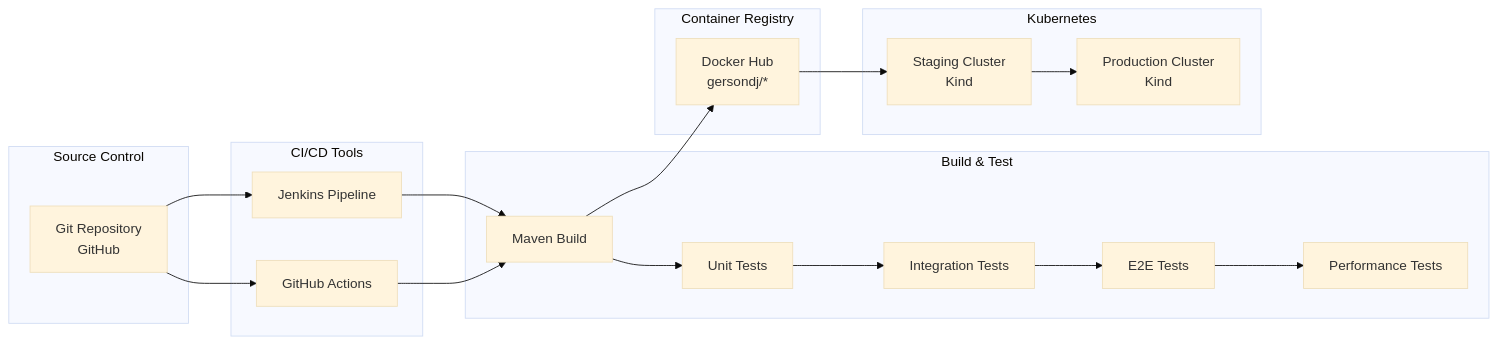
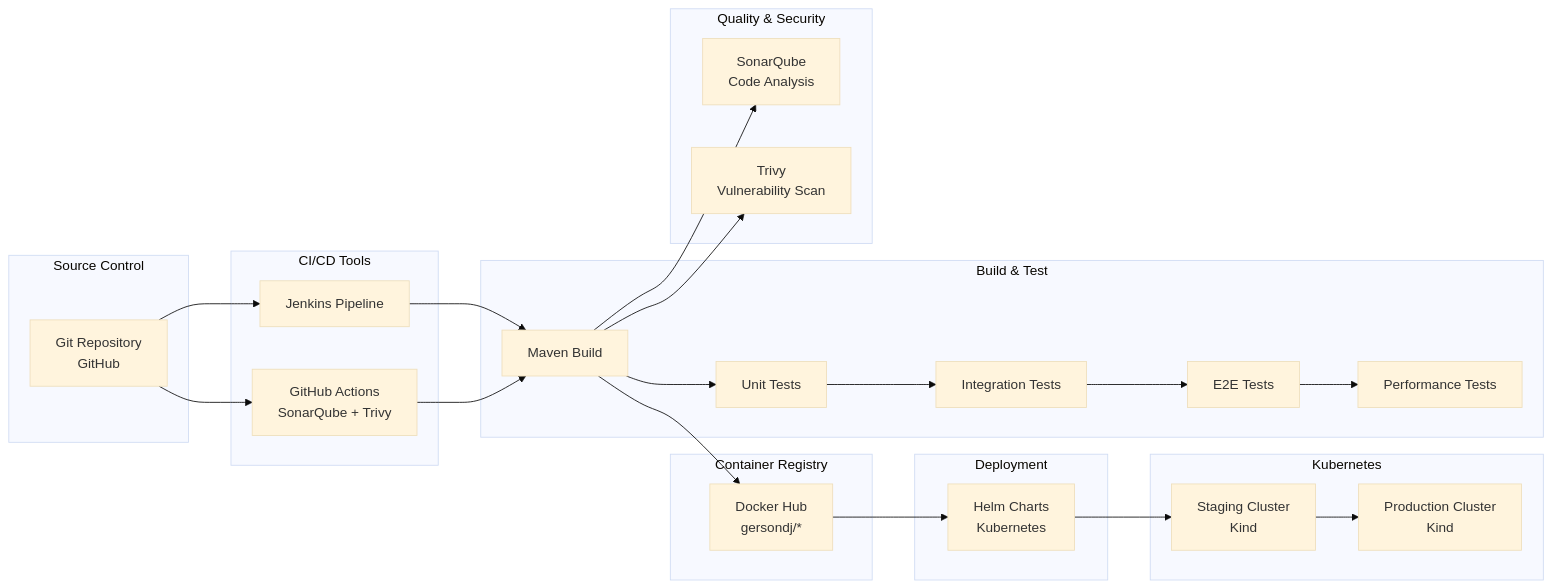
One commit to lolito996/ecommerce-microservice-backend-EntregaSoft changed the second of 10 diagrams in README.md. Above: the diagram before and after it, drawn with Mermaid (base theme). The commit also changed other lines of this file, not shown here.

````diff
--- a/README.md
+++ b/README.md
@@ -1052,43 +1279,55 @@
 ```mermaid
 graph LR
     subgraph "Source Control"
         Git[Git Repository<br/>GitHub]
     end
     
     subgraph "CI/CD Tools"
         Jenkins[Jenkins Pipeline]
-        GHA[GitHub Actions]
+        GHA[GitHub Actions<br/>SonarQube + Trivy]
     end
     
     subgraph "Build & Test"
         Build[Maven Build]
         Unit[Unit Tests]
         Int[Integration Tests]
         E2E[E2E Tests]
         Perf[Performance Tests]
     end
     
     subgraph "Container Registry"
         DockerHub[Docker Hub<br/>gersondj/*]
+    end
+    
+    subgraph "Quality & Security"
+        SonarQube[SonarQube<br/>Code Analysis]
+        Trivy[Trivy<br/>Vulnerability Scan]
+    end
+    
+    subgraph "Deployment"
+        Helm[Helm Charts<br/>Kubernetes]
     end
     
     subgraph "Kubernetes"
         Staging[Staging Cluster<br/>Kind]
         Prod[Production Cluster<br/>Kind]
     end
     
     Git --> Jenkins
     Git --> GHA
     
     Jenkins --> Build
     GHA --> Build
     
     Build --> Unit
     Unit --> Int
     Int --> E2E
     E2E --> Perf
     
+    Build --> SonarQube
+    Build --> Trivy
     Build --> DockerHub
-    DockerHub --> Staging
+    DockerHub --> Helm
+    Helm --> Staging
     Staging --> Prod
 ```
````
